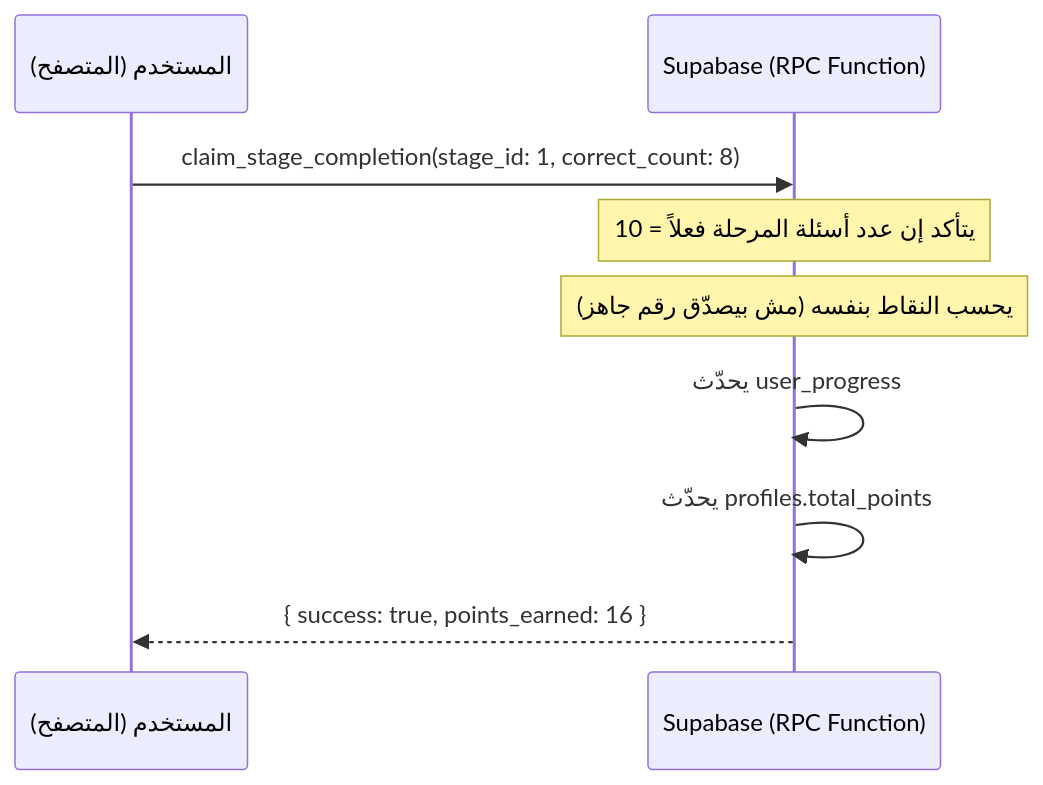
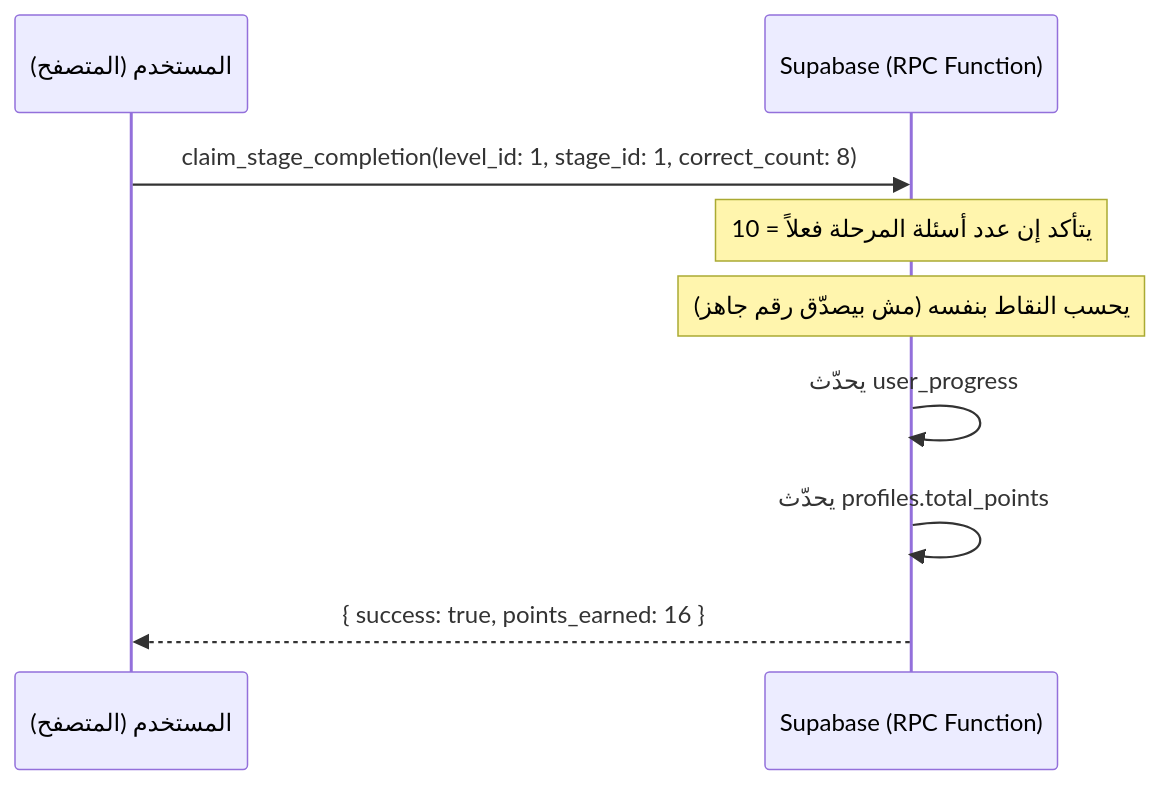
Before and after one commit to OmarMahmoudAhmed/Mesori: the fifth of 5 diagrams in BACKEND_GUIDE.md, drawn with Mermaid. The commit also changed other lines of this file and 3345 other files, not shown here.

````diff
--- a/BACKEND_GUIDE.md
+++ b/BACKEND_GUIDE.md
@@ -249,12 +271,12 @@
 ```mermaid
 sequenceDiagram
     participant U as المستخدم (المتصفح)
     participant DB as Supabase (RPC Function)
 
-    U->>DB: claim_stage_completion(stage_id: 1, correct_count: 8)
+    U->>DB: claim_stage_completion(level_id: 1, stage_id: 1, correct_count: 8)
     Note over DB: يتأكد إن عدد أسئلة المرحلة فعلاً = 10
     Note over DB: يحسب النقاط بنفسه (مش بيصدّق رقم جاهز)
     DB->>DB: يحدّث user_progress
     DB->>DB: يحدّث profiles.total_points
     DB-->>U: { success: true, points_earned: 16 }
 ```
````
